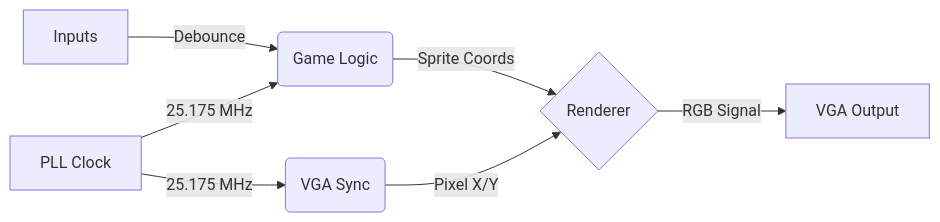
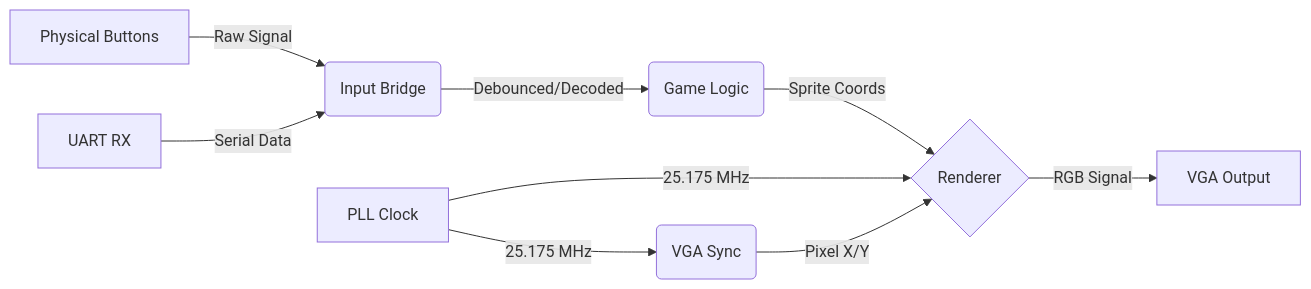
The diagram in README.md (leoo-c1/FPGA-Pong-Console), drawn with Mermaid before and after one commit. The commit also changed other lines of this file, not shown here.

````diff
--- a/README.md
+++ b/README.md
@@ -24,9 +24,11 @@
 ```mermaid
 graph LR
-    A[Inputs] -->|Debounce| B(Game Logic)
-    C[PLL Clock] -->|25.175 MHz| B
-    C -->|25.175 MHz| D(VGA Sync)
-    B -->|Sprite Coords| E{Renderer}
-    D -->|Pixel X/Y| E
-    E -->|RGB Signal| F[VGA Output]
+    A[Physical Buttons] -->|Raw Signal| C(Input Bridge)
+    B[UART RX] -->|Serial Data| C
+    C -->|Debounced/Decoded| D(Game Logic)
+    D -->|Sprite Coords| E{Renderer}
+    F[PLL Clock] -->|25.175 MHz| E
+    F -->|25.175 MHz| G(VGA Sync)
+    G -->|Pixel X/Y| E
+    E -->|RGB Signal| H[VGA Output]
 ```
````
